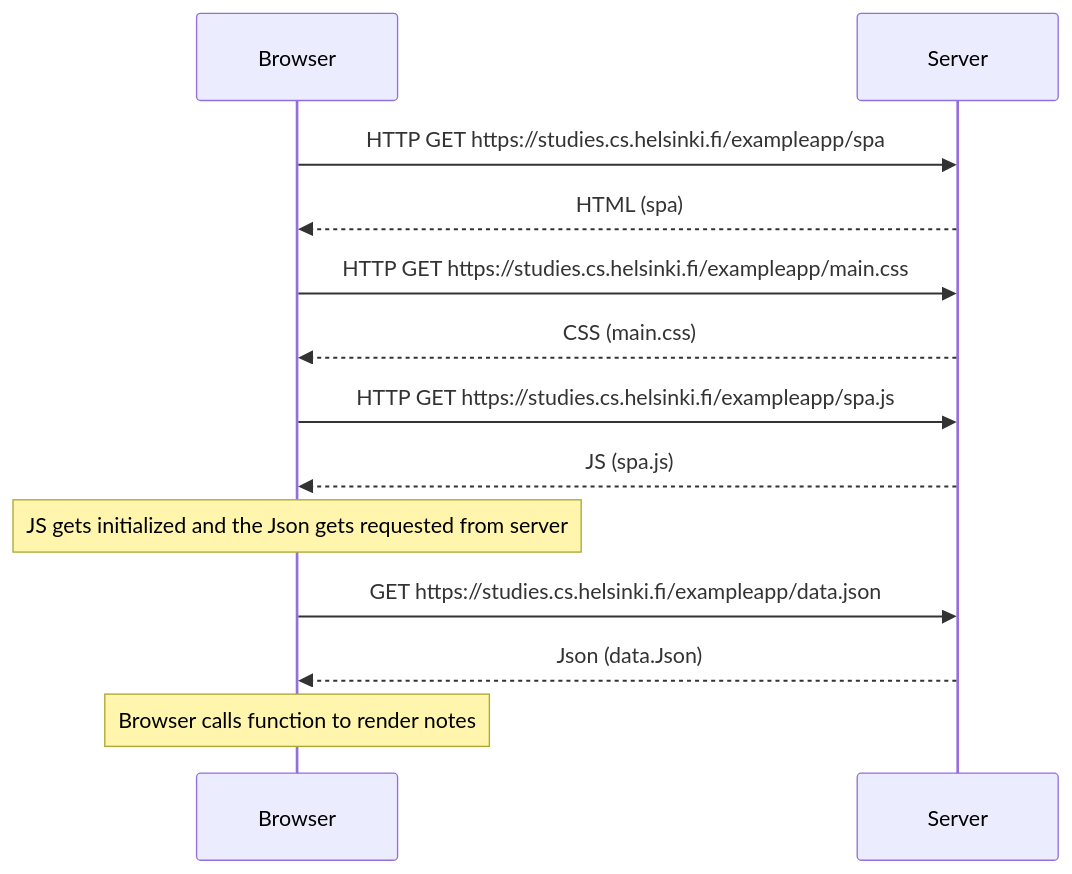
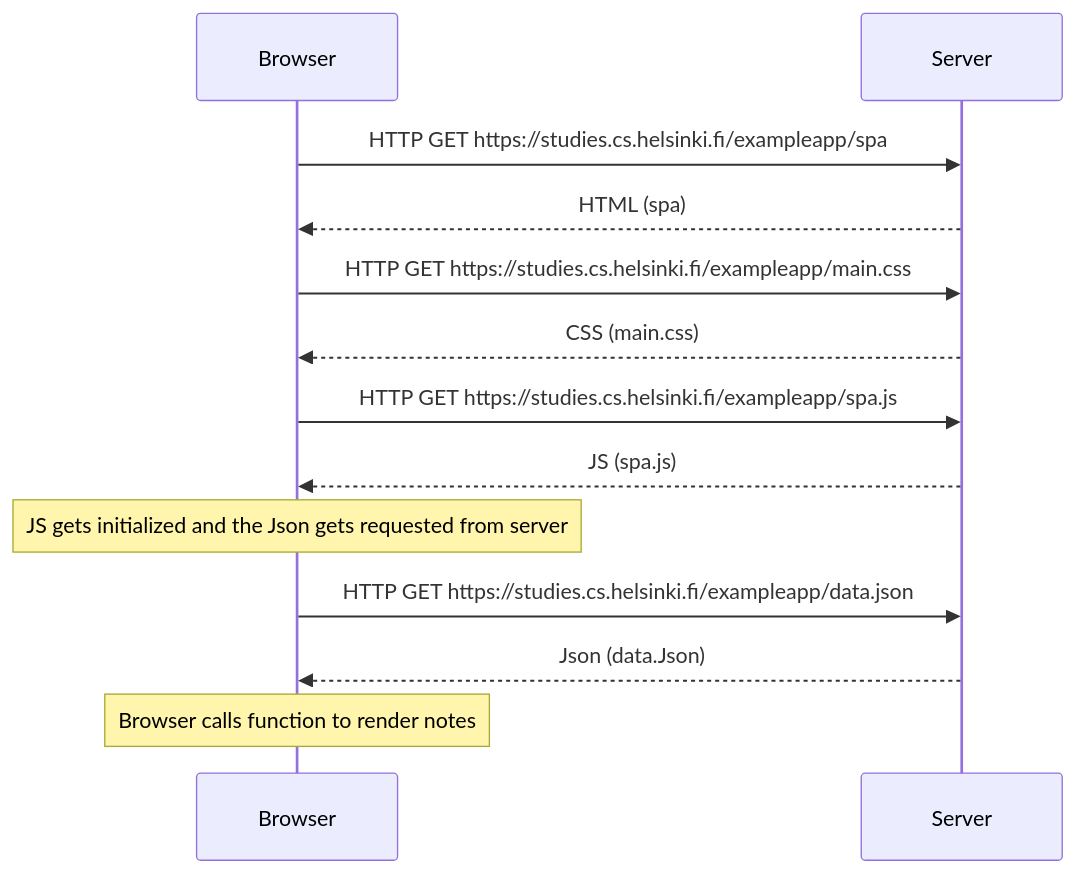
The diagram in part0/0.5.md (ThomasGronvold/fullStackOpen), drawn with Mermaid before and after one commit.

Commit message:
Update 0.5.md
Fixed

````diff
--- a/part0/0.5.md
+++ b/part0/0.5.md
@@ -1,13 +1,13 @@
 ```mermaid
 sequenceDiagram
     Browser->>Server: HTTP GET https://studies.cs.helsinki.fi/exampleapp/spa
     Server-->>Browser: HTML (spa)
     Browser->>Server: HTTP GET https://studies.cs.helsinki.fi/exampleapp/main.css
     Server-->>Browser: CSS (main.css)
     Browser->>Server: HTTP GET https://studies.cs.helsinki.fi/exampleapp/spa.js
     Server-->>Browser: JS (spa.js)
     Note over Browser: JS gets initialized and the Json gets requested from server
-    Browser->>Server: GET https://studies.cs.helsinki.fi/exampleapp/data.json
+    Browser->>Server: HTTP GET https://studies.cs.helsinki.fi/exampleapp/data.json
     Server-->>Browser: Json (data.Json)
     Note over Browser: Browser calls function to render notes
 ```
````
